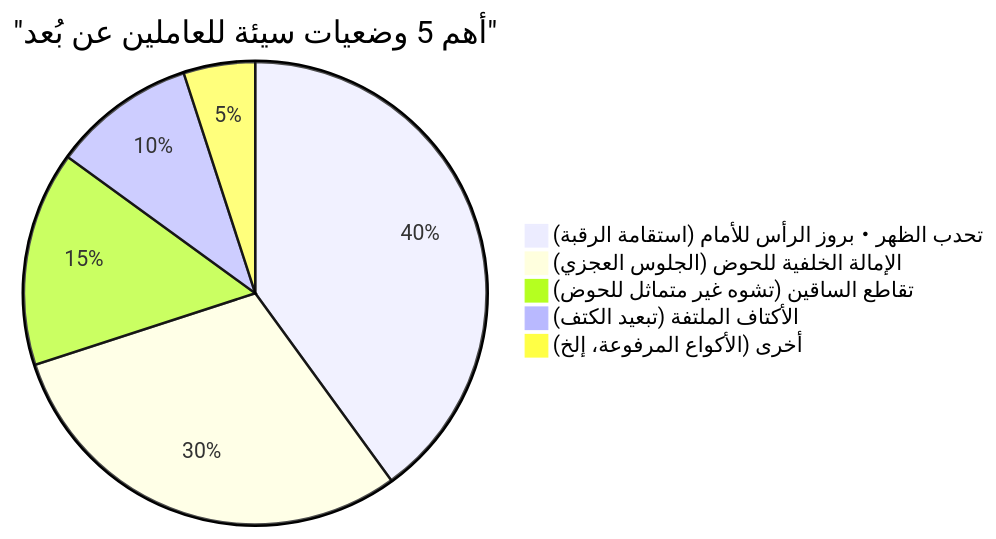
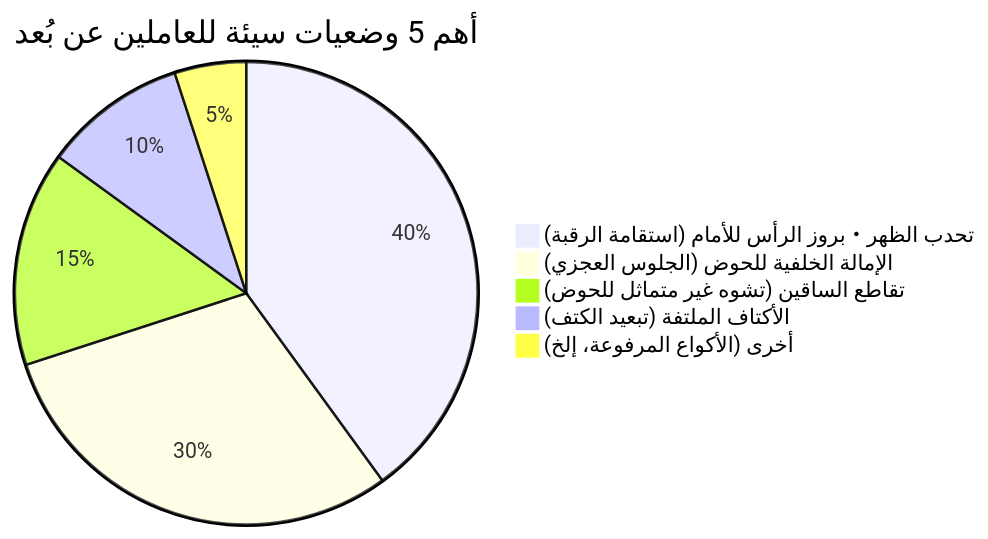
Before and after one commit to kenjinote/blog: the second of 2 diagrams in content/post/ergonomic_chairs/index.ar.md, drawn with Mermaid. The commit also changed other lines of this file and 703 other files, not shown here.

Commit message:
Fix: Remove quotes from Mermaid link texts and timeline definitions to support Mermaid 11.4.1

````diff
--- a/content/post/ergonomic_chairs/index.ar.md
+++ b/content/post/ergonomic_chairs/index.ar.md
@@ -135,8 +135,8 @@
 ```mermaid
-pie title "أهم 5 وضعيات سيئة للعاملين عن بُعد"
+pie title أهم 5 وضعيات سيئة للعاملين عن بُعد
     "تحدب الظهر・بروز الرأس للأمام (استقامة الرقبة)" : 40
     "الإمالة الخلفية للحوض (الجلوس العجزي)" : 30
     "تقاطع الساقين (تشوه غير متماثل للحوض)" : 15
     "الأكتاف الملتفة (تبعيد الكتف)" : 10
     "أخرى (الأكواع المرفوعة، إلخ)" : 5
 ```
````
